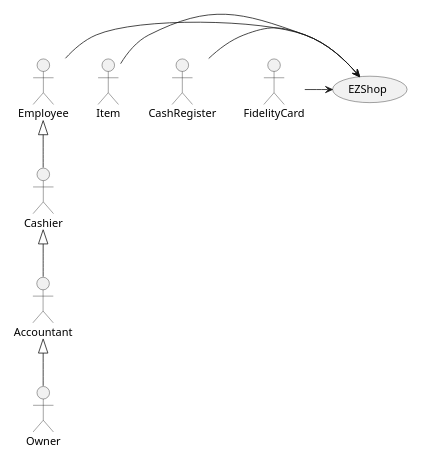
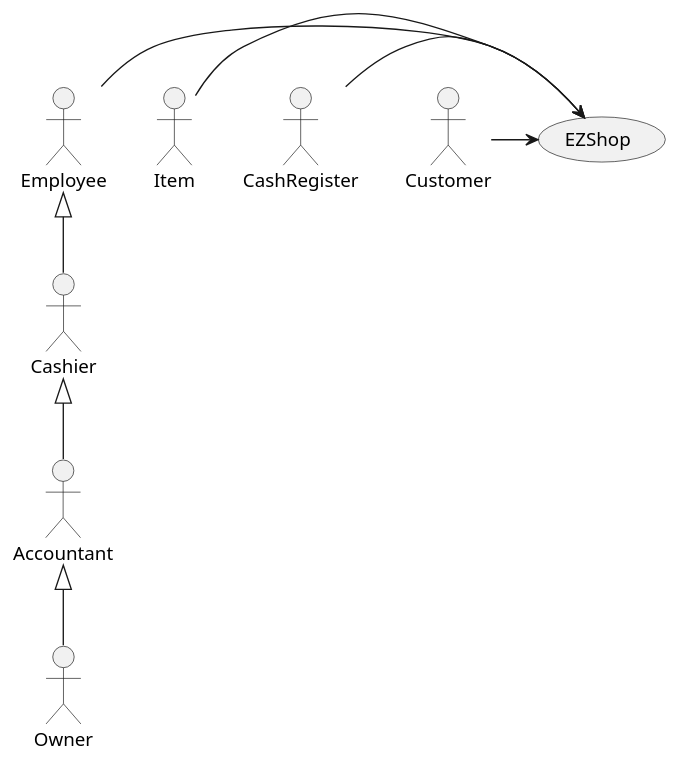
One commit to djemar/softeng_ezshop changed the first of 3 diagrams in Deliverables/RequirementsDocument.md. Above: the diagram before and after it, drawn with PlantUML. The commit also changed other lines of this file, not shown here.

````diff
--- a/Deliverables/RequirementsDocument.md
+++ b/Deliverables/RequirementsDocument.md
@@ -72,20 +72,18 @@
 ```plantuml
-scale 300 width
 top to bottom direction
 actor Owner as o
 actor Employee as e
 actor CashRegister as ca
 actor Item as i
 actor Accountant as acc
 actor Cashier as cas
-actor FidelityCard as cu
+actor Customer as cu
 
 o -up-|> acc
 cas -up-|> e
 acc -up-|> cas
 i -> (EZShop)
 e -> (EZShop)
 ca -> (EZShop)
 cu -> (EZShop)
-
 ```
````
